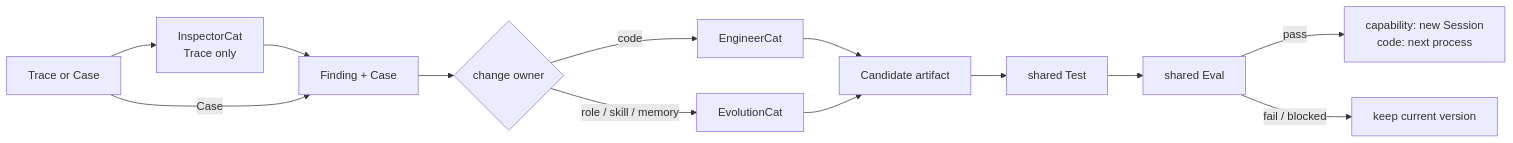
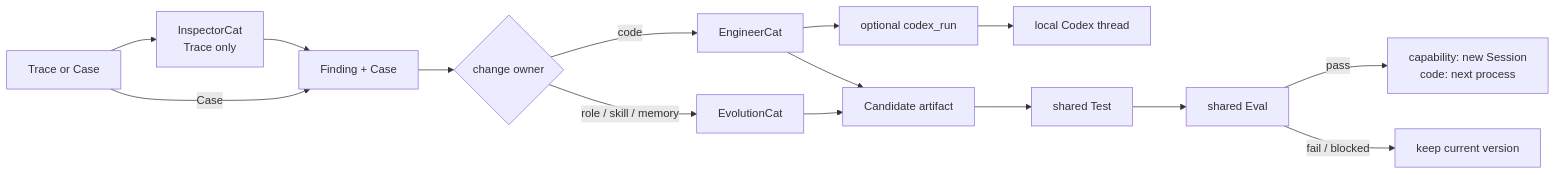
Before and after one commit to fightheyyy/xiaobaOS: the second of 2 diagrams in docs/roles-skills/SPEC.md, drawn with Mermaid. The commit also changed other lines of this file and 22 other files, not shown here.

Commit message:
Add EngineerCat Codex SDK adapter

````diff
--- a/docs/roles-skills/SPEC.md
+++ b/docs/roles-skills/SPEC.md
@@ -71,15 +74,17 @@
 ```mermaid
 flowchart LR
     Input["Trace or Case"] --> Inspector["InspectorCat<br/>Trace only"]
     Inspector --> Pair["Finding + Case"]
     Input -->|Case| Pair
     Pair --> Owner{"change owner"}
     Owner -->|code| Engineer["EngineerCat"]
+    Engineer --> CodexAdapter["optional codex_run"]
+    CodexAdapter --> Codex["local Codex thread"]
     Owner -->|role / skill / memory| Evolution["EvolutionCat"]
     Engineer --> Candidate["Candidate artifact"]
     Evolution --> Candidate
     Candidate --> Test["shared Test"]
     Test --> Eval["shared Eval"]
     Eval -->|pass| Activate["capability: new Session<br/>code: next process"]
     Eval -->|fail / blocked| Keep["keep current version"]
 ```
````
